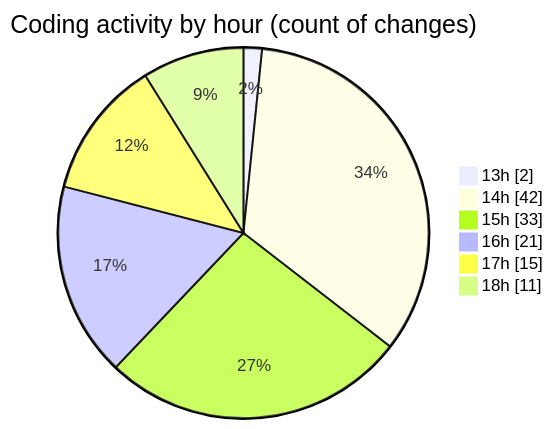
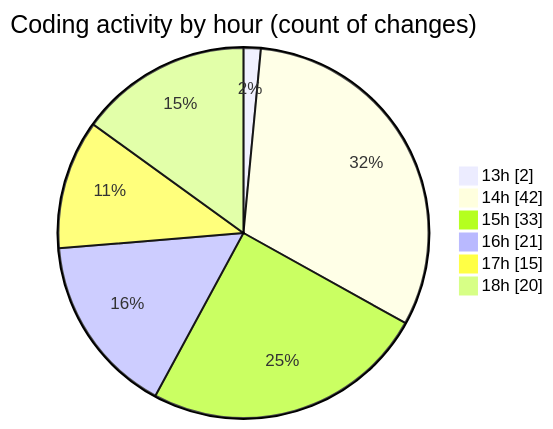
Before and after one commit to nxtqubesakshisongat/code-tracking: the second of 2 diagrams in 2025-05-31/nxtqube_webapp/README.md, drawn with Mermaid. The commit also changed other lines of this file and 1 other file, not shown here.

````diff
--- a/2025-05-31/nxtqube_webapp/README.md
+++ b/2025-05-31/nxtqube_webapp/README.md
@@ -37,10 +38,10 @@
 ```mermaid
 pie showData
 title Coding activity by hour (count of changes)
 "13h" : 2
 "14h" : 42
 "15h" : 33
 "16h" : 21
 "17h" : 15
-"18h" : 11
+"18h" : 20
 ```
````
